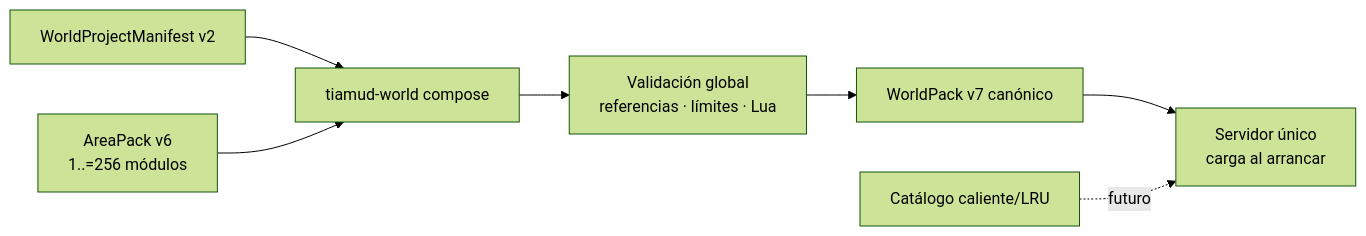
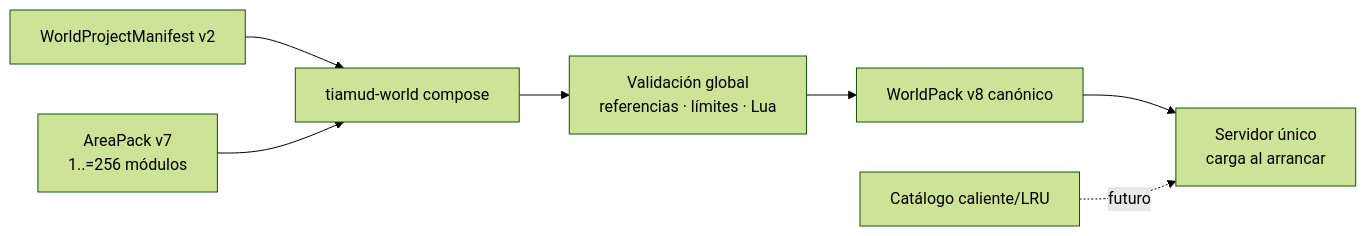
Before and after one commit to hyukudan/tiamud: the first of 2 diagrams in docs/world-authoring.md, drawn with Mermaid (forest theme). The commit also changed other lines of this file and 49 other files, not shown here.

````diff
--- a/docs/world-authoring.md
+++ b/docs/world-authoring.md
@@ -31,12 +31,12 @@
 ```mermaid
 flowchart LR
     accTitle: Flujo vigente de autoría modular de Tiamud
     accDescr: Las áreas se componen y validan fuera de línea para producir un solo WorldPack canónico que el servidor carga al arrancar. No existe carga caliente.
 
     Project[WorldProjectManifest v2] --> Compose[tiamud-world compose]
-    Areas[AreaPack v6<br/>1..=256 módulos] --> Compose
+    Areas[AreaPack v7<br/>1..=256 módulos] --> Compose
     Compose --> Validate[Validación global<br/>referencias · límites · Lua]
-    Validate --> Artifact[WorldPack v7 canónico]
+    Validate --> Artifact[WorldPack v8 canónico]
     Artifact --> Server[Servidor único<br/>carga al arrancar]
     Hot[Catálogo caliente/LRU] -. futuro .-> Server
 ```
````
